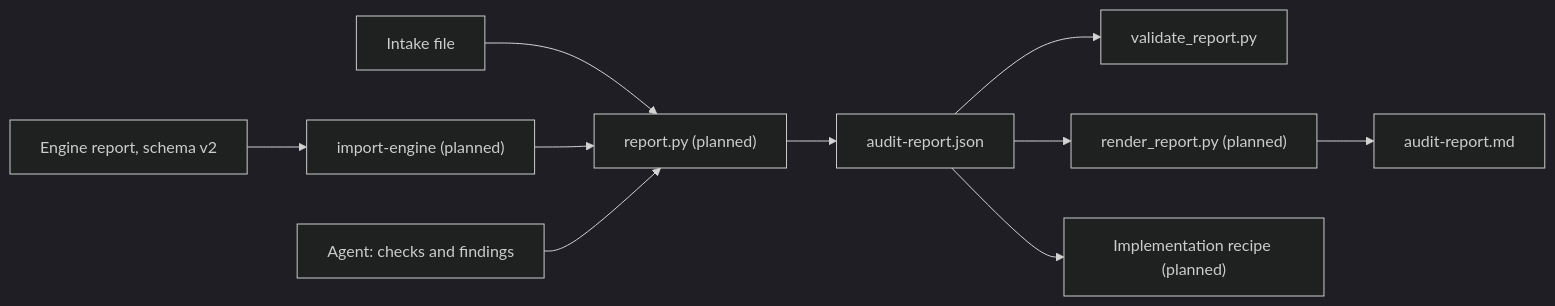
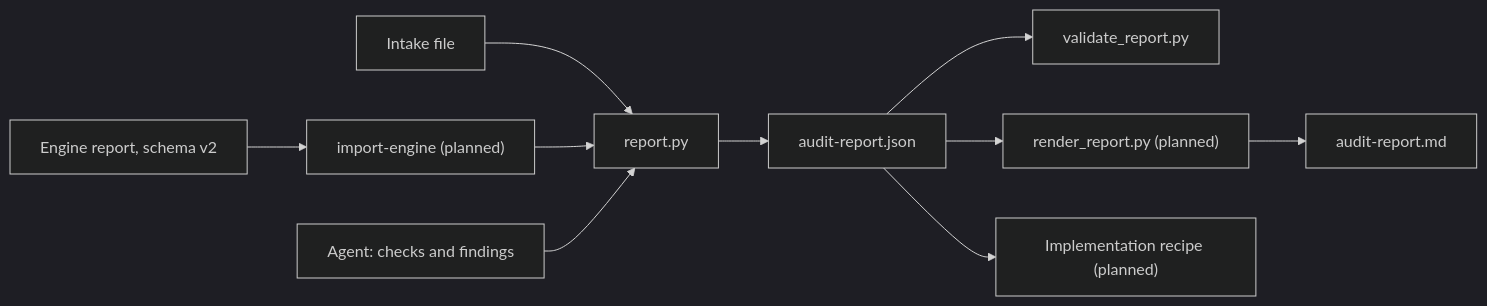
The diagram in brownfield-recipes/docs/architecture/contributor-deep-dive/02-report-schema.md (Nistapp/codebase-agentic-readiness-framework), drawn with Mermaid (dark theme) before and after one commit. The commit also changed other lines of this file and 7 other files, not shown here.

First line of the commit message:
docs(brownfield-recipes): mark the report builder live and explain why it has the shape it has

````diff
--- a/brownfield-recipes/docs/architecture/contributor-deep-dive/02-report-schema.md
+++ b/brownfield-recipes/docs/architecture/contributor-deep-dive/02-report-schema.md
@@ -17,10 +17,10 @@
 ```mermaid
 flowchart LR
-    Intake["Intake file"] --> Builder["report.py (planned)"]
+    Intake["Intake file"] --> Builder["report.py"]
     Engine["Engine report, schema v2"] --> Adapter["import-engine (planned)"] --> Builder
     Agent["Agent: checks and findings"] --> Builder
     Builder --> Report["audit-report.json"]
     Report --> Validator["validate_report.py"]
     Report --> Renderer["render_report.py (planned)"] --> Markdown["audit-report.md"]
     Report --> Implement["Implementation recipe (planned)"]
 ```
````
